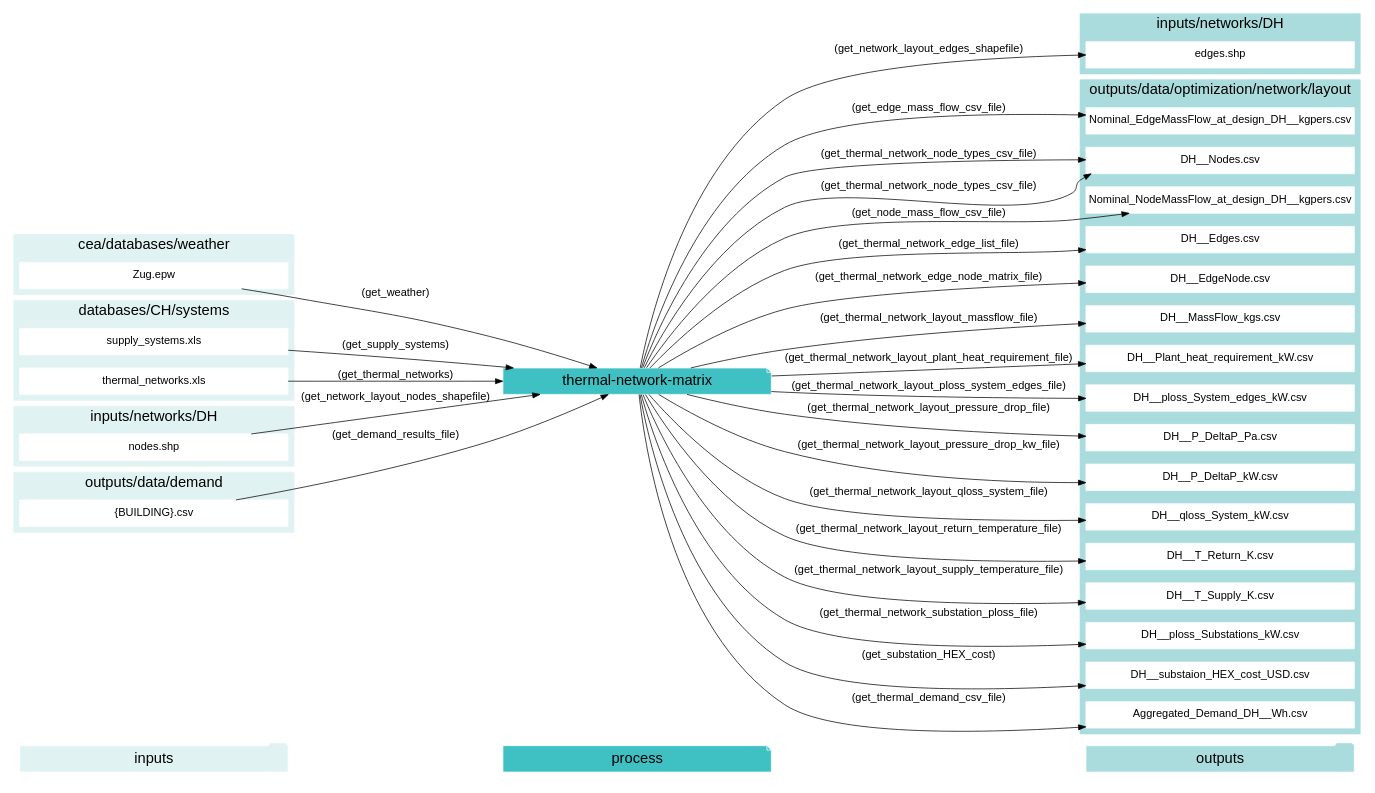
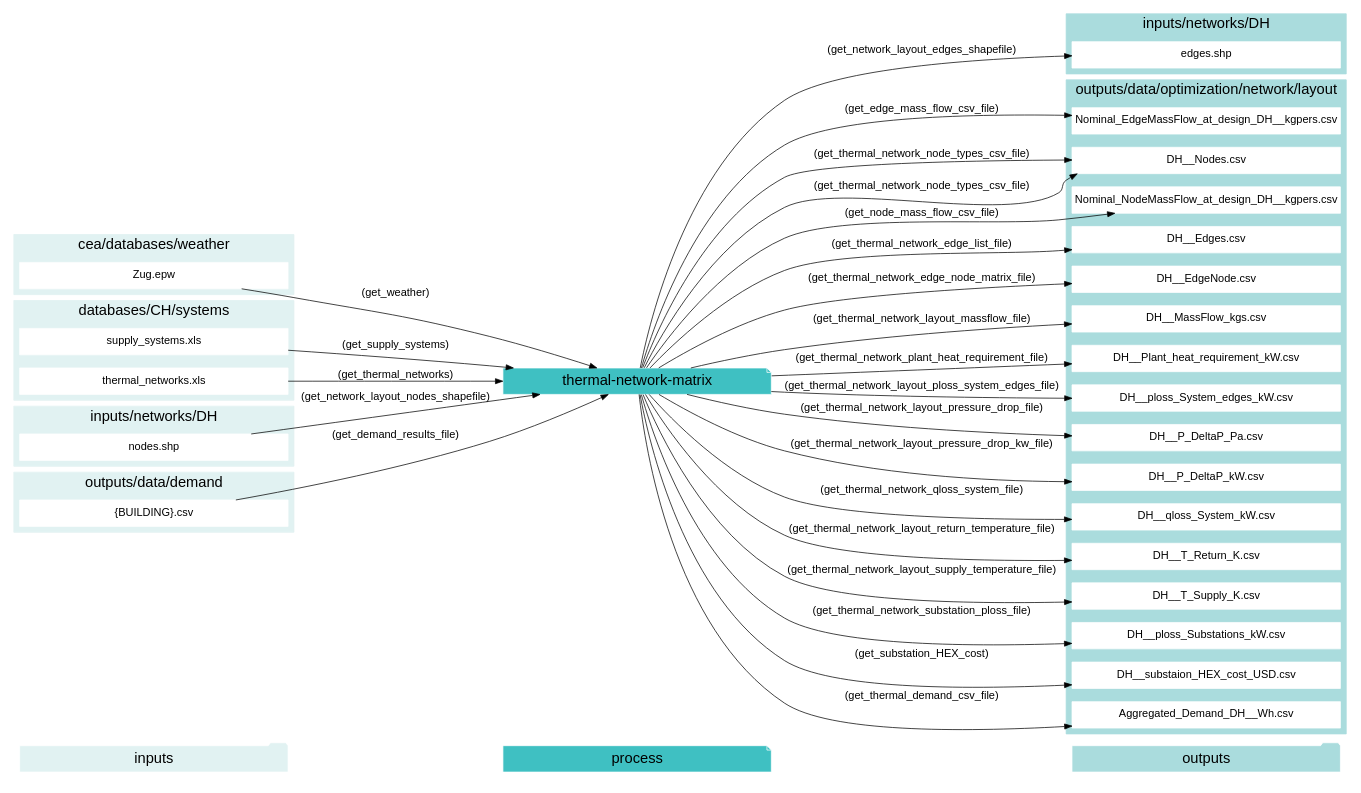
The diagram in docs/script_dependencies/thermal-network-matrix.gv (architecture-building-systems/CityEnergyAnalyst), drawn with Graphviz before and after one commit. The commit also changed 9 other files, not shown here.

```diff
--- a/docs/script_dependencies/thermal-network-matrix.gv
+++ b/docs/script_dependencies/thermal-network-matrix.gv
@@ -1,105 +1,105 @@
 digraph trace_inputlocator {
     rankdir="LR";
     graph [overlap=false, fontname=arial];
     node [shape=box, style=filled, color=white, fontsize=15, fontname=arial, fixedsize=true, width=5.085];
     edge [fontname=arial, fontsize = 15]
     newrank=true
     subgraph cluster_legend {
     fontsize=25
     style=invis
     "process"[style=filled, fillcolor="#3FC0C2", shape=note, fontsize=20, fontname="arial"]
     "inputs" [style=filled, shape=folder, color=white, fillcolor="#E1F2F2", fontsize=20]
     "outputs"[style=filled, shape=folder, color=white, fillcolor="#aadcdd", fontsize=20]
     "inputs"->"process"[style=invis]
     "process"->"outputs"[style=invis]
     }
     "thermal-network-matrix"[style=filled, color=white, fillcolor="#3FC0C2", shape=note, fontsize=20, fontname=arial];
     subgraph cluster_0_in {
         style = filled;
         color = "#E1F2F2";
         fontsize = 20;
         rank=same;
         label="cea/databases/weather";
         "Zug.epw"
     }
     subgraph cluster_1_in {
         style = filled;
         color = "#E1F2F2";
         fontsize = 20;
         rank=same;
         label="databases/CH/systems";
         "supply_systems.xls"
         "thermal_networks.xls"
     }
     subgraph cluster_2_in {
         style = filled;
         color = "#E1F2F2";
         fontsize = 20;
         rank=same;
         label="inputs/networks/DH";
         "nodes.shp"
     }
     subgraph cluster_2_out {
         style = filled;
         color = "#aadcdd";
         fontsize = 20;
         rank=same;
         label="inputs/networks/DH";
         "edges.shp"
     }
     subgraph cluster_3_in {
         style = filled;
         color = "#E1F2F2";
         fontsize = 20;
         rank=same;
         label="outputs/data/demand";
         "{BUILDING}.csv"
     }
     subgraph cluster_4_out {
         style = filled;
         color = "#aadcdd";
         fontsize = 20;
         rank=same;
         label="outputs/data/optimization/network/layout";
         "Nominal_EdgeMassFlow_at_design_DH__kgpers.csv"
         "DH__Nodes.csv"
         "Nominal_NodeMassFlow_at_design_DH__kgpers.csv"
         "DH__Edges.csv"
         "DH__EdgeNode.csv"
         "DH__MassFlow_kgs.csv"
         "DH__Plant_heat_requirement_kW.csv"
         "DH__ploss_System_edges_kW.csv"
         "DH__P_DeltaP_Pa.csv"
         "DH__P_DeltaP_kW.csv"
         "DH__qloss_System_kW.csv"
         "DH__T_Return_K.csv"
         "DH__T_Supply_K.csv"
         "DH__Nodes.csv"
         "DH__ploss_Substations_kW.csv"
         "DH__substaion_HEX_cost_USD.csv"
         "Aggregated_Demand_DH__Wh.csv"
     }
     "{BUILDING}.csv" -> "thermal-network-matrix"[label="(get_demand_results_file)"]
     "nodes.shp" -> "thermal-network-matrix"[label="(get_network_layout_nodes_shapefile)"]
     "supply_systems.xls" -> "thermal-network-matrix"[label="(get_supply_systems)"]
     "thermal_networks.xls" -> "thermal-network-matrix"[label="(get_thermal_networks)"]
     "Zug.epw" -> "thermal-network-matrix"[label="(get_weather)"]
     "thermal-network-matrix" -> "Nominal_EdgeMassFlow_at_design_DH__kgpers.csv"[label="(get_edge_mass_flow_csv_file)"]
     "thermal-network-matrix" -> "edges.shp"[label="(get_network_layout_edges_shapefile)"]
     "thermal-network-matrix" -> "DH__Nodes.csv"[label="(get_thermal_network_node_types_csv_file)"]
     "thermal-network-matrix" -> "Nominal_NodeMassFlow_at_design_DH__kgpers.csv"[label="(get_node_mass_flow_csv_file)"]
     "thermal-network-matrix" -> "DH__Edges.csv"[label="(get_thermal_network_edge_list_file)"]
     "thermal-network-matrix" -> "DH__EdgeNode.csv"[label="(get_thermal_network_edge_node_matrix_file)"]
     "thermal-network-matrix" -> "DH__MassFlow_kgs.csv"[label="(get_thermal_network_layout_massflow_file)"]
-    "thermal-network-matrix" -> "DH__Plant_heat_requirement_kW.csv"[label="(get_thermal_network_layout_plant_heat_requirement_file)"]
+    "thermal-network-matrix" -> "DH__Plant_heat_requirement_kW.csv"[label="(get_thermal_network_plant_heat_requirement_file)"]
     "thermal-network-matrix" -> "DH__ploss_System_edges_kW.csv"[label="(get_thermal_network_layout_ploss_system_edges_file)"]
     "thermal-network-matrix" -> "DH__P_DeltaP_Pa.csv"[label="(get_thermal_network_layout_pressure_drop_file)"]
     "thermal-network-matrix" -> "DH__P_DeltaP_kW.csv"[label="(get_thermal_network_layout_pressure_drop_kw_file)"]
-    "thermal-network-matrix" -> "DH__qloss_System_kW.csv"[label="(get_thermal_network_layout_qloss_system_file)"]
+    "thermal-network-matrix" -> "DH__qloss_System_kW.csv"[label="(get_thermal_network_qloss_system_file)"]
     "thermal-network-matrix" -> "DH__T_Return_K.csv"[label="(get_thermal_network_layout_return_temperature_file)"]
     "thermal-network-matrix" -> "DH__T_Supply_K.csv"[label="(get_thermal_network_layout_supply_temperature_file)"]
     "thermal-network-matrix" -> "DH__Nodes.csv"[label="(get_thermal_network_node_types_csv_file)"]
     "thermal-network-matrix" -> "DH__ploss_Substations_kW.csv"[label="(get_thermal_network_substation_ploss_file)"]
     "thermal-network-matrix" -> "DH__substaion_HEX_cost_USD.csv"[label="(get_substation_HEX_cost)"]
     "thermal-network-matrix" -> "Aggregated_Demand_DH__Wh.csv"[label="(get_thermal_demand_csv_file)"]
     }
```
